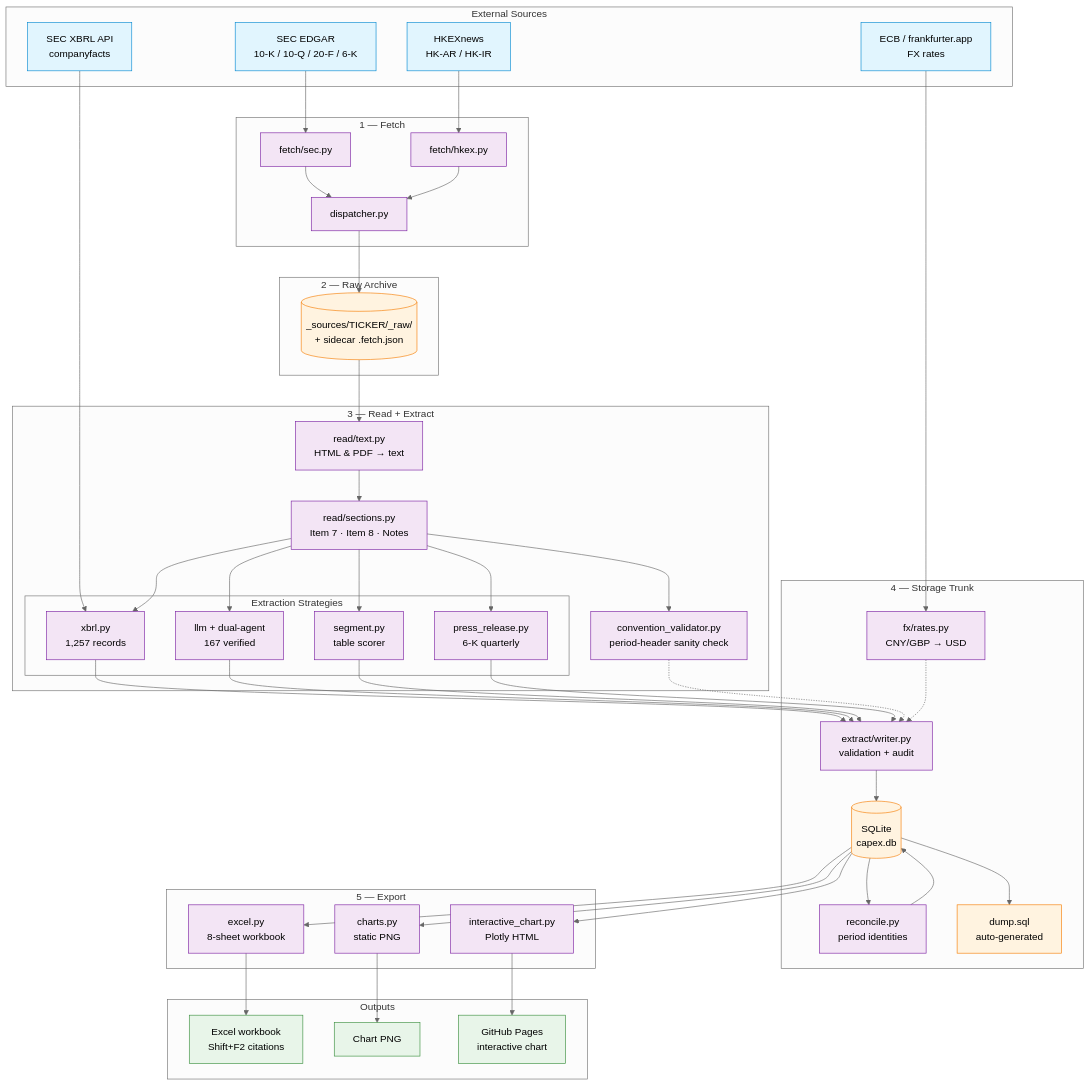
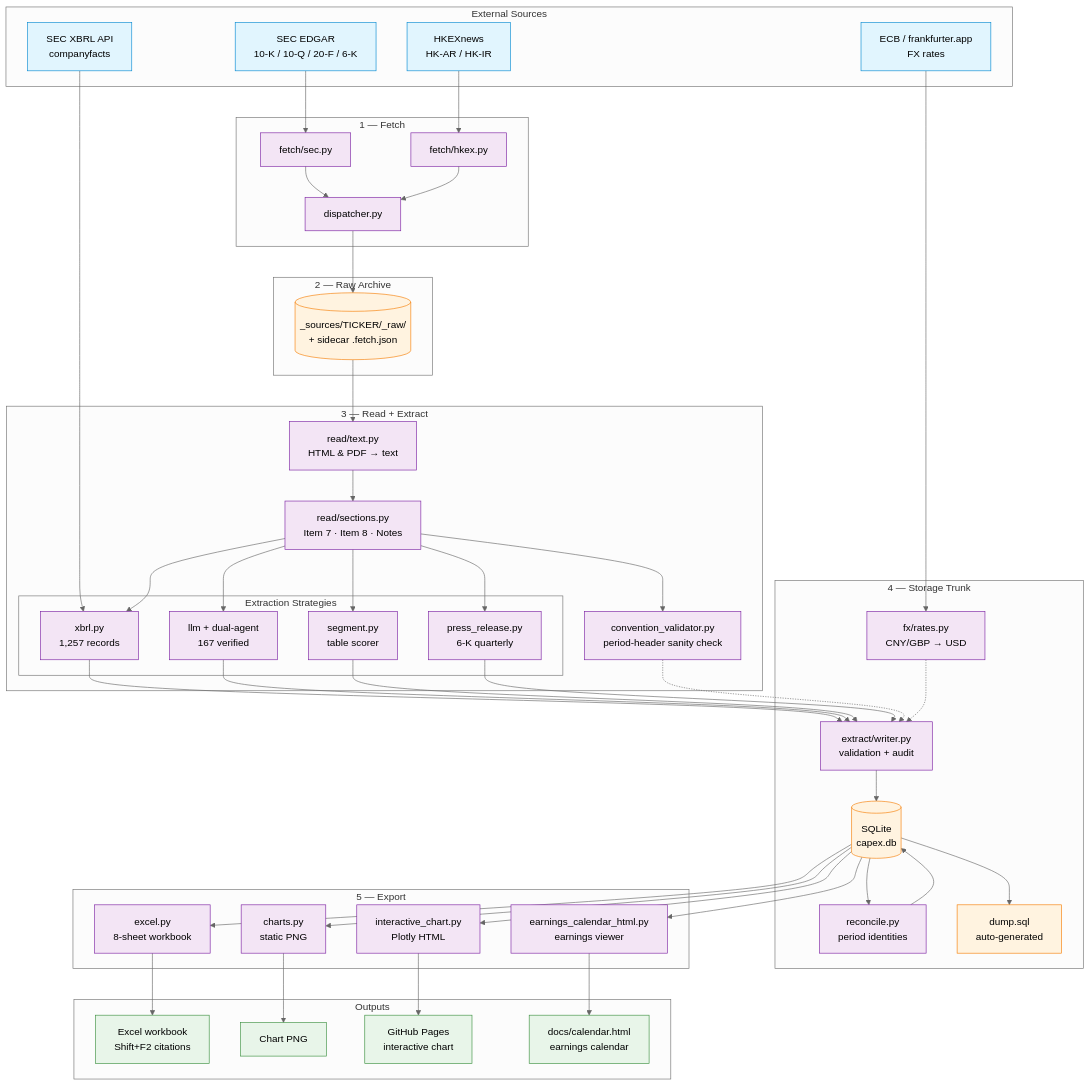
One commit to KKKKKKAI/neocloud-capex-tracker changed the diagram in README.md. Above: the diagram before and after it, drawn with Mermaid (neutral theme). The commit also changed other lines of this file and 11 other files, not shown here.

First line of the commit message:
feat(calendar): earnings calendar viewer (HTML + rich CLI)

````diff
--- a/README.md
+++ b/README.md
@@ -67,12 +67,14 @@
         EXCEL["excel.py\n8-sheet workbook"]
         CHART["charts.py\nstatic PNG"]
         ICHART["interactive_chart.py\nPlotly HTML"]
+        CALHTML["earnings_calendar_html.py\nearnings viewer"]
     end
 
     subgraph Out["Outputs"]
         XLSX["Excel workbook\nShift+F2 citations"]
         PNG["Chart PNG"]
         GHPAGES["GitHub Pages\ninteractive chart"]
+        CALPAGE["docs/calendar.html\nearnings calendar"]
     end
 
     SEC --> SECF --> DISP
@@ -98,6 +100,7 @@
     DB --> EXCEL --> XLSX
     DB --> CHART --> PNG
     DB --> ICHART --> GHPAGES
+    DB --> CALHTML --> CALPAGE
 
     classDef source fill:#e1f5fe,stroke:#0288d1
     classDef store fill:#fff3e0,stroke:#f57c00
@@ -106,6 +109,6 @@
 
     class SEC,HKEX,XBRL,ECB source
     class RAW,DB,DUMP store
-    class SECF,HKEXF,DISP,TEXT,SECT,CVAL,EX_XBRL,EX_LLM,EX_SEG,EX_6K,FXR,WRITER,RECONCILE,EXCEL,CHART,ICHART process
-    class XLSX,PNG,GHPAGES output
+    class SECF,HKEXF,DISP,TEXT,SECT,CVAL,EX_XBRL,EX_LLM,EX_SEG,EX_6K,FXR,WRITER,RECONCILE,EXCEL,CHART,ICHART,CALHTML process
+    class XLSX,PNG,GHPAGES,CALPAGE output
 ```
````
